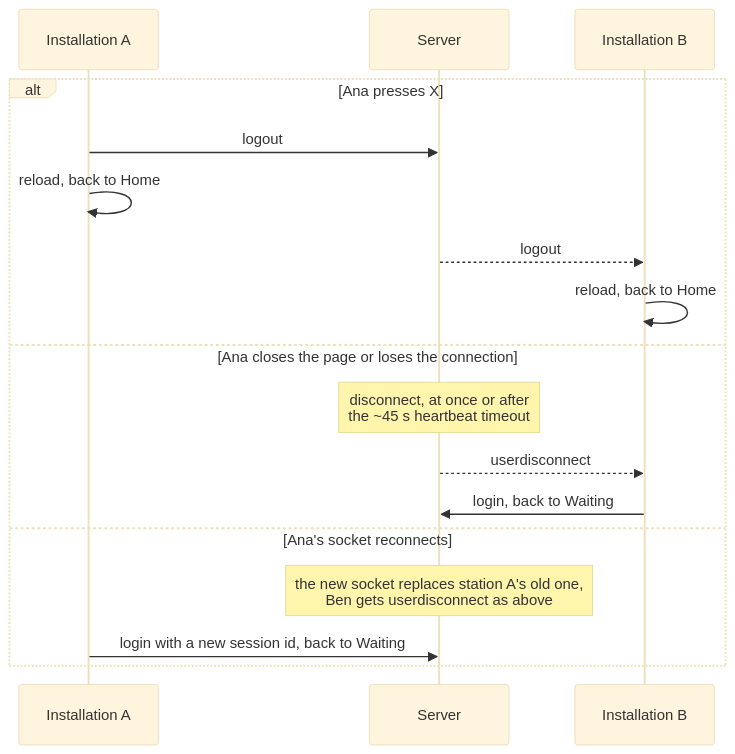
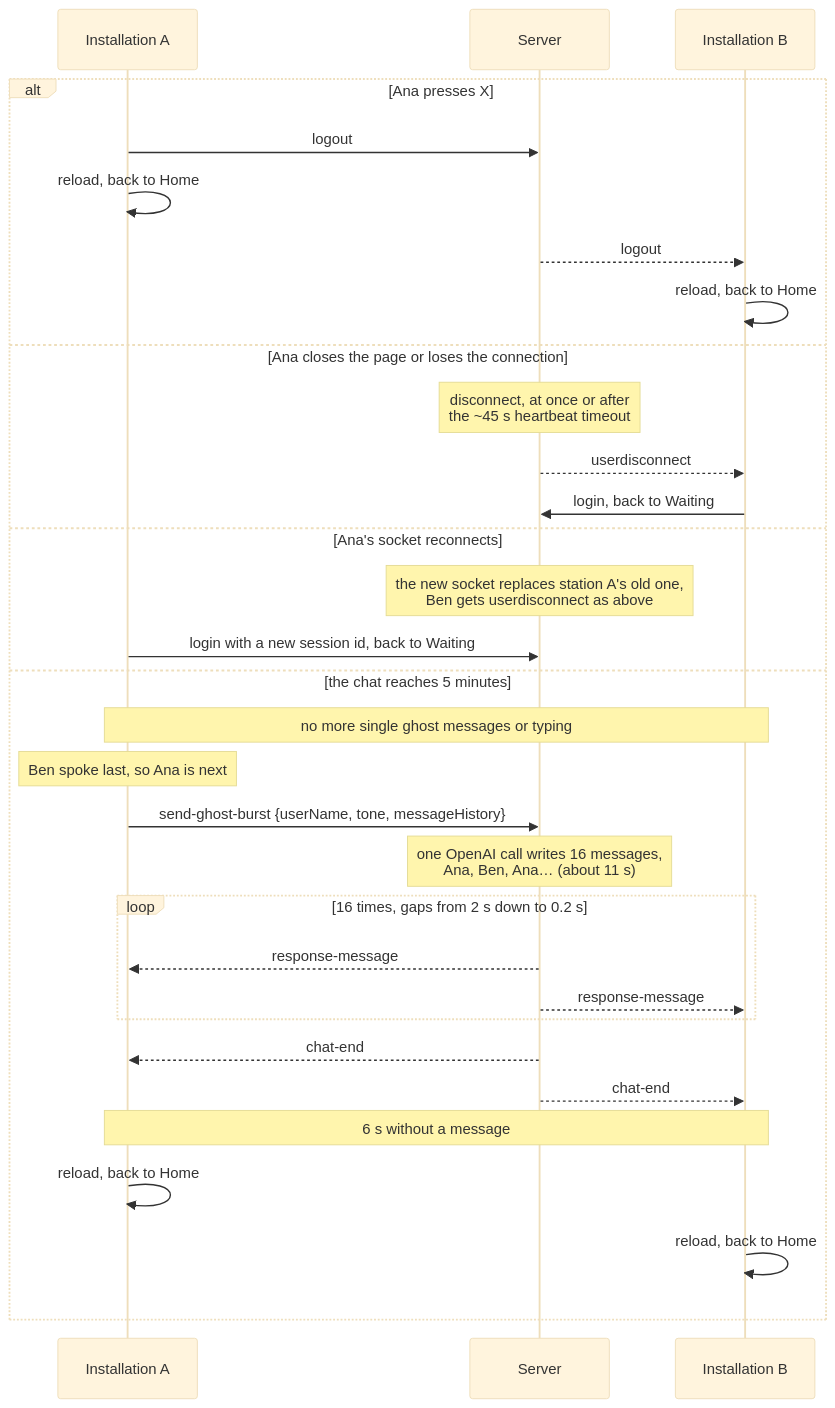
Before and after one commit to partyck/in-between-us: the sixth of 6 diagrams in architecture.md, drawn with Mermaid (base theme). The commit also changed other lines of this file and 9 other files, not shown here.

Commit message:
burst gost messages

````diff
--- a/architecture.md
+++ b/architecture.md
@@ -297,19 +315,33 @@
 ```mermaid
 sequenceDiagram
     participant A as Installation A
     participant S as Server
     participant B as Installation B
     alt Ana presses X
         A->>S: logout
         A->>A: reload, back to Home
         S-->>B: logout
         B->>B: reload, back to Home
     else Ana closes the page or loses the connection
         Note over S: disconnect, at once or after<br/>the ~45 s heartbeat timeout
         S-->>B: userdisconnect
         B->>S: login, back to Waiting
     else Ana's socket reconnects
         Note over S: the new socket replaces station A's old one,<br/>Ben gets userdisconnect as above
         A->>S: login with a new session id, back to Waiting
+    else the chat reaches 5 minutes
+        Note over A,B: no more single ghost messages or typing
+        Note over A: Ben spoke last, so Ana is next
+        A->>S: send-ghost-burst {userName, tone, messageHistory}
+        Note over S: one OpenAI call writes 16 messages,<br/>Ana, Ben, Ana… (about 11 s)
+        loop 16 times, gaps from 2 s down to 0.2 s
+            S-->>A: response-message
+            S-->>B: response-message
+        end
+        S-->>A: chat-end
+        S-->>B: chat-end
+        Note over A,B: 6 s without a message
+        A->>A: reload, back to Home
+        B->>B: reload, back to Home
     end
 ```
````
